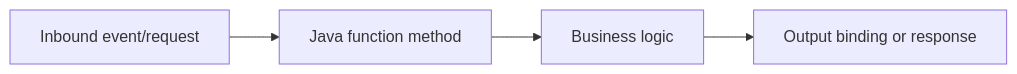
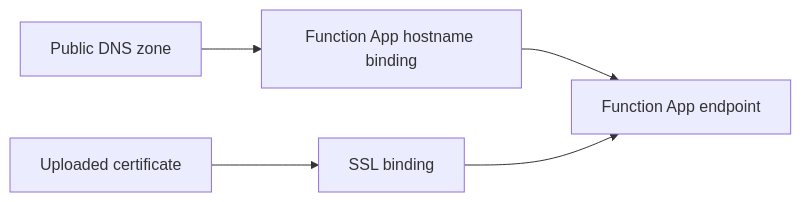
Before and after one commit to yeongseon/azure-functions-practical-guide: the diagram in docs/language-guides/java/recipes/custom-domain-certificates.md, drawn with Mermaid. The commit also changed other lines of this file and 217 other files, not shown here.

````diff
--- a/docs/language-guides/java/recipes/custom-domain-certificates.md
+++ b/docs/language-guides/java/recipes/custom-domain-certificates.md
@@ -7,6 +7,7 @@
 ```mermaid
 flowchart LR
-    A[Inbound event/request] --> B[Java function method]
-    B --> C[Business logic]
-    C --> D[Output binding or response]
+    DNS[Public DNS zone] --> HOSTNAME[Function App hostname binding]
+    CERT[Uploaded certificate] --> SSL[SSL binding]
+    HOSTNAME --> APP[Function App endpoint]
+    SSL --> APP
 ```
````
